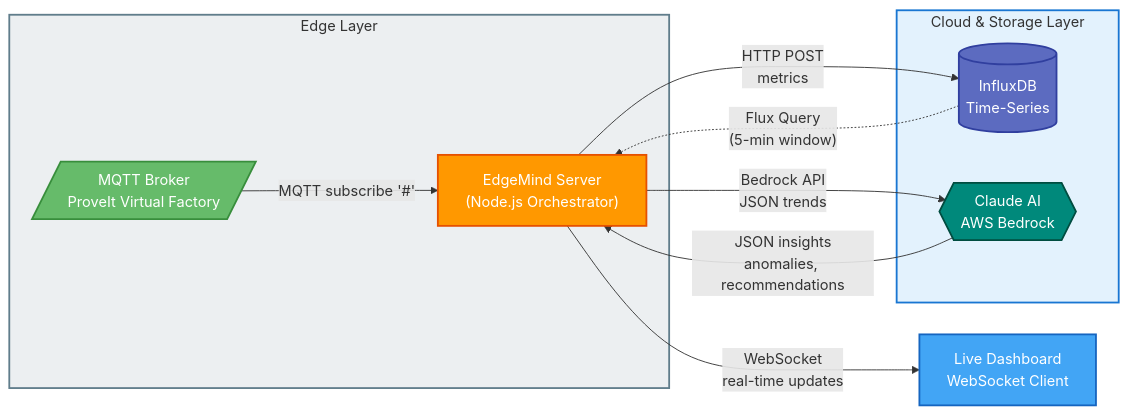
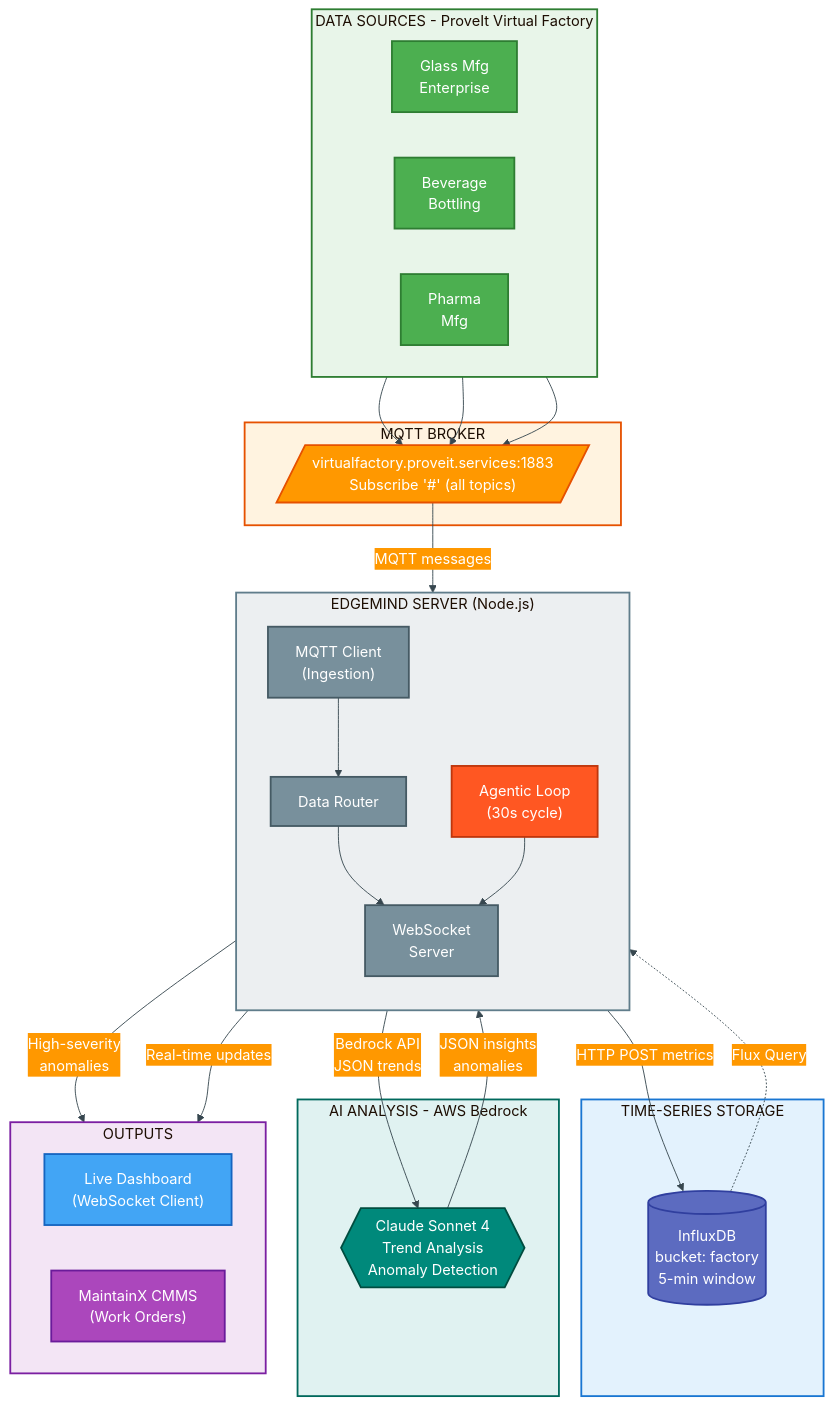
One commit to Concept-Reply-US/EdgeMind changed the diagram in docs/edgemind_architecture.mmd. Above: the diagram before and after it, drawn with Mermaid. The commit also changed 11 other files, not shown here.

First line of the commit message:
feat: Add CMMS integration and anomaly filter features

```diff
--- a/docs/edgemind_architecture.mmd
+++ b/docs/edgemind_architecture.mmd
@@ -1,35 +1,77 @@
-flowchart LR
-    subgraph edge["Edge Layer"]
-        MQTT[/"MQTT Broker<br/>ProveIt Virtual Factory"/]
-        SERVER["EdgeMind Server<br/>(Node.js Orchestrator)"]
+%%{init: {'theme': 'base', 'themeVariables': { 'primaryColor': '#1976D2', 'primaryTextColor': '#fff', 'primaryBorderColor': '#0D47A1', 'lineColor': '#37474F', 'secondaryColor': '#FF9800', 'tertiaryColor': '#E3F2FD'}}}%%
+
+flowchart TB
+    subgraph sources["DATA SOURCES - ProveIt Virtual Factory"]
+        direction LR
+        GLASS["Glass Mfg<br/>Enterprise"]
+        BEVERAGE["Beverage<br/>Bottling"]
+        PHARMA["Pharma<br/>Mfg"]
     end
 
-    subgraph cloud["Cloud & Storage Layer"]
-        INFLUX[("InfluxDB<br/>Time-Series")]
-        CLAUDE{{"Claude AI<br/>AWS Bedrock"}}
+    subgraph mqtt["MQTT BROKER"]
+        BROKER[/"virtualfactory.proveit.services:1883<br/>Subscribe '#' (all topics)"/]
     end
 
-    DASHBOARD["Live Dashboard<br/>WebSocket Client"]
+    subgraph edge["EDGEMIND SERVER (Node.js)"]
+        direction TB
+        MQTTCLIENT["MQTT Client<br/>(Ingestion)"]
+        ROUTER["Data Router"]
+        WSSERVER["WebSocket<br/>Server"]
+        AGENT["Agentic Loop<br/>(30s cycle)"]
+    end
 
-    %% Data Ingestion
-    MQTT -->|"MQTT subscribe '#'"| SERVER
+    subgraph storage["TIME-SERIES STORAGE"]
+        INFLUX[("InfluxDB<br/>bucket: factory<br/>5-min window")]
+    end
 
-    %% Storage Flow
-    SERVER -->|"HTTP POST<br/>metrics"| INFLUX
+    subgraph ai["AI ANALYSIS - AWS Bedrock"]
+        CLAUDE{{"Claude Sonnet 4<br/>Trend Analysis<br/>Anomaly Detection"}}
+    end
 
-    %% Agentic Loop (every 30s)
-    INFLUX -.->|"Flux Query<br/>(5-min window)"| SERVER
-    SERVER -->|"Bedrock API<br/>JSON trends"| CLAUDE
-    CLAUDE -->|"JSON insights<br/>anomalies, recommendations"| SERVER
+    subgraph outputs["OUTPUTS"]
+        direction LR
+        DASHBOARD["Live Dashboard<br/>(WebSocket Client)"]
+        CMMS["MaintainX CMMS<br/>(Work Orders)"]
+    end
+
+    %% Data Flow - Ingestion
+    GLASS --> BROKER
+    BEVERAGE --> BROKER
+    PHARMA --> BROKER
+    BROKER -->|"MQTT messages"| MQTTCLIENT
+
+    %% Data Flow - Processing
+    MQTTCLIENT --> ROUTER
+    ROUTER -->|"HTTP POST metrics"| INFLUX
+    ROUTER --> WSSERVER
+
+    %% Agentic Loop
+    INFLUX -.->|"Flux Query"| AGENT
+    AGENT -->|"Bedrock API<br/>JSON trends"| CLAUDE
+    CLAUDE -->|"JSON insights<br/>anomalies"| AGENT
+    AGENT --> WSSERVER
+    AGENT -->|"High-severity<br/>anomalies"| CMMS
 
     %% Real-time Output
-    SERVER -->|"WebSocket<br/>real-time updates"| DASHBOARD
+    WSSERVER -->|"Real-time updates"| DASHBOARD
 
     %% Styling
+    style sources fill:#E8F5E9,stroke:#2E7D32,stroke-width:2px
+    style mqtt fill:#FFF3E0,stroke:#E65100,stroke-width:2px
     style edge fill:#ECEFF1,stroke:#607D8B,stroke-width:2px
-    style cloud fill:#E3F2FD,stroke:#1976D2,stroke-width:2px
-    style SERVER fill:#FF9800,stroke:#E65100,stroke-width:2px,color:#fff
+    style storage fill:#E3F2FD,stroke:#1976D2,stroke-width:2px
+    style ai fill:#E0F2F1,stroke:#00695C,stroke-width:2px
+    style outputs fill:#F3E5F5,stroke:#7B1FA2,stroke-width:2px
+
+    style GLASS fill:#4CAF50,stroke:#2E7D32,stroke-width:2px,color:#fff
+    style BEVERAGE fill:#4CAF50,stroke:#2E7D32,stroke-width:2px,color:#fff
+    style PHARMA fill:#4CAF50,stroke:#2E7D32,stroke-width:2px,color:#fff
+    style BROKER fill:#FF9800,stroke:#E65100,stroke-width:2px,color:#fff
+    style MQTTCLIENT fill:#78909C,stroke:#455A64,stroke-width:2px,color:#fff
+    style ROUTER fill:#78909C,stroke:#455A64,stroke-width:2px,color:#fff
+    style WSSERVER fill:#78909C,stroke:#455A64,stroke-width:2px,color:#fff
+    style AGENT fill:#FF5722,stroke:#BF360C,stroke-width:2px,color:#fff
+    style INFLUX fill:#5C6BC0,stroke:#303F9F,stroke-width:2px,color:#fff
     style CLAUDE fill:#00897B,stroke:#004D40,stroke-width:2px,color:#fff
-    style INFLUX fill:#5C6BC0,stroke:#303F9F,stroke-width:2px,color:#fff
-    style MQTT fill:#66BB6A,stroke:#388E3C,stroke-width:2px,color:#fff
     style DASHBOARD fill:#42A5F5,stroke:#1565C0,stroke-width:2px,color:#fff
+    style CMMS fill:#AB47BC,stroke:#6A1B9A,stroke-width:2px,color:#fff
```
